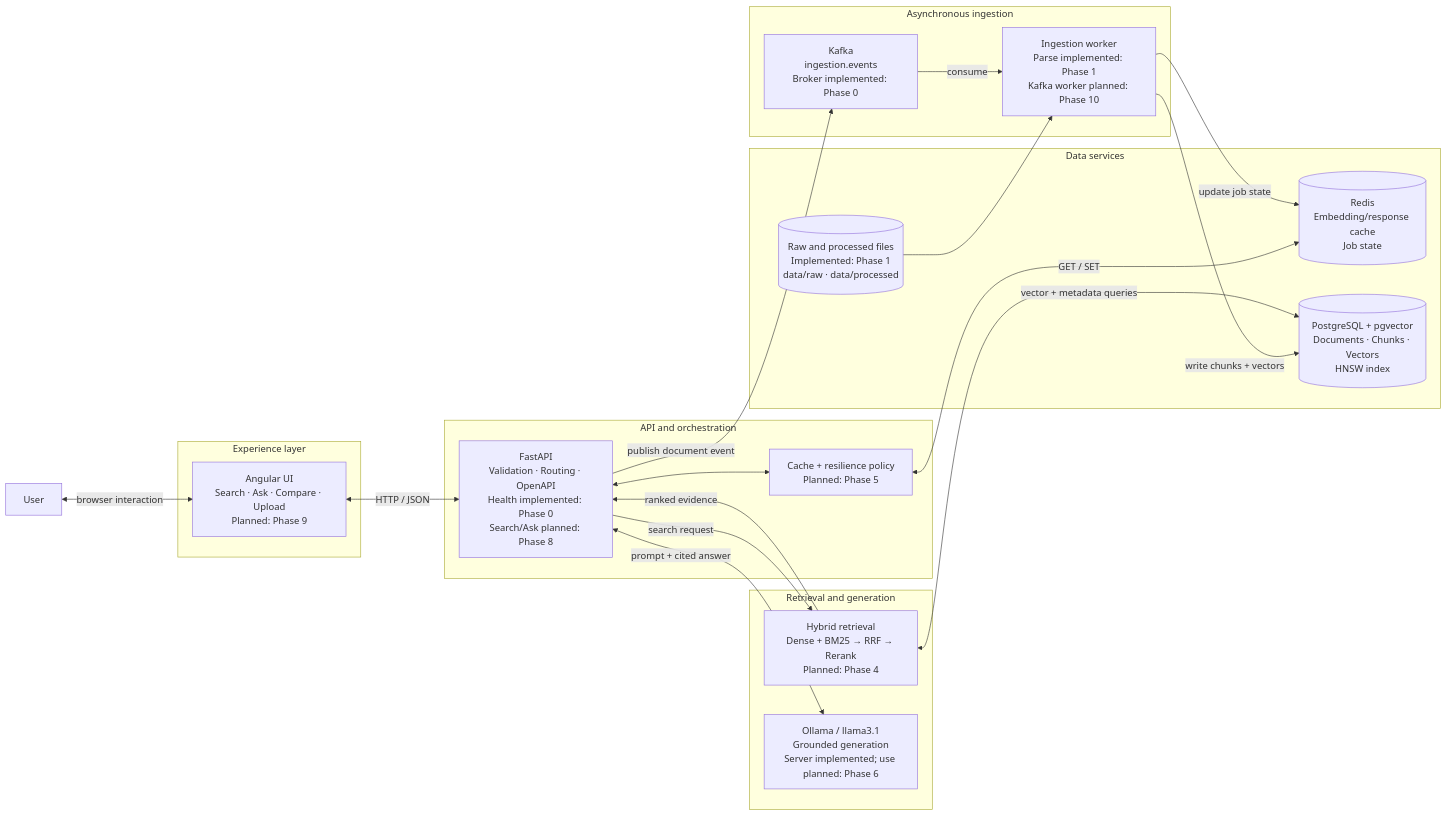
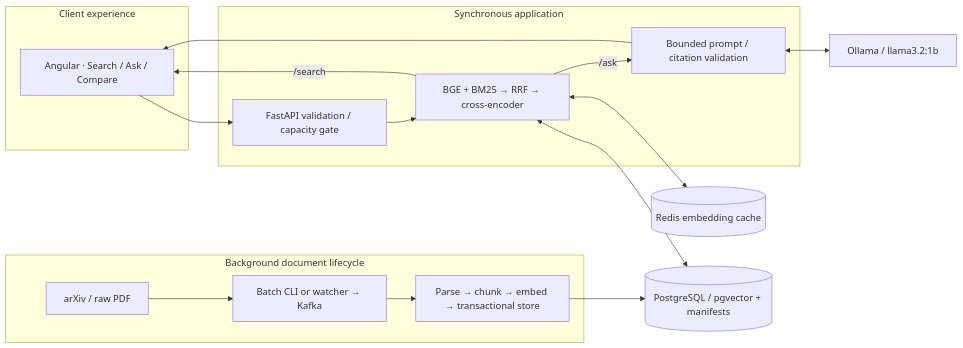
One commit to sreecharanreddymadireddy/chunkforge changed the diagram in docs/architecture/end-to-end.md. Above: the diagram before and after it, drawn with Mermaid. The commit also changed other lines of this file and 20 other files, not shown here.

````diff
--- a/docs/architecture/end-to-end.md
+++ b/docs/architecture/end-to-end.md
@@ -7,46 +3,26 @@
 ```mermaid
 flowchart LR
-    USER["User"]
-
-    subgraph EXPERIENCE["Experience layer"]
-        UI["Angular UI<br/>Search · Ask · Compare · Upload<br/>Planned: Phase 9"]
+    subgraph UI_ZONE["Client experience"]
+        UI["Angular · Search / Ask / Compare"]
     end
-
-    subgraph APPLICATION["API and orchestration"]
-        API["FastAPI<br/>Validation · Routing · OpenAPI<br/>Health implemented: Phase 0<br/>Search/Ask planned: Phase 8"]
-        CACHE_POLICY["Cache + resilience policy<br/>Planned: Phase 5"]
+    subgraph API_ZONE["Synchronous application"]
+        API["FastAPI validation / capacity gate"]
+        RET["BGE + BM25 → RRF → cross-encoder"]
+        GEN["Bounded prompt / citation validation"]
     end
-
-    subgraph ASYNC["Asynchronous ingestion"]
-        KAFKA["Kafka<br/>ingestion.events<br/>Broker implemented: Phase 0"]
-        WORKER["Ingestion worker<br/>Parse implemented: Phase 1<br/>Kafka worker planned: Phase 10"]
+    subgraph INGEST["Background document lifecycle"]
+        FILE["arXiv / raw PDF"] --> WATCH["Batch CLI or watcher → Kafka"]
+        WATCH --> WORKER["Parse → chunk → embed → transactional store"]
     end
-
-    subgraph RETRIEVAL["Retrieval and generation"]
-        PIPELINE["Hybrid retrieval<br/>Dense + BM25 → RRF → Rerank<br/>Planned: Phase 4"]
-        OLLAMA["Ollama / llama3.1<br/>Grounded generation<br/>Server implemented; use planned: Phase 6"]
-    end
-
-    subgraph DATA["Data services"]
-        REDIS[("Redis<br/>Embedding/response cache<br/>Job state")]
-        POSTGRES[("PostgreSQL + pgvector<br/>Documents · Chunks · Vectors<br/>HNSW index")]
-        FILES[("Raw and processed files<br/>Implemented: Phase 1<br/>data/raw · data/processed")]
-    end
-
-    USER <--> |"browser interaction"| UI
-    UI <--> |"HTTP / JSON"| API
-
-    API <--> CACHE_POLICY
-    CACHE_POLICY <--> |"GET / SET"| REDIS
-
-    API --> |"publish document event"| KAFKA
-    KAFKA --> |"consume"| WORKER
-    FILES --> WORKER
-    WORKER --> |"write chunks + vectors"| POSTGRES
-    WORKER --> |"update job state"| REDIS
-
-    API --> |"search request"| PIPELINE
-    PIPELINE <--> |"vector + metadata queries"| POSTGRES
-    PIPELINE --> |"ranked evidence"| API
-    API <--> |"prompt + cited answer"| OLLAMA
+    PG[("PostgreSQL / pgvector + manifests")]
+    CACHE[("Redis embedding cache")]
+    MODEL["Ollama / llama3.2:1b"]
+    UI --> API --> RET
+    RET <--> PG
+    RET <--> CACHE
+    WORKER --> PG
+    RET -->|"/search"| UI
+    RET -->|"/ask"| GEN
+    GEN <--> MODEL
+    GEN --> UI
 ```
````
